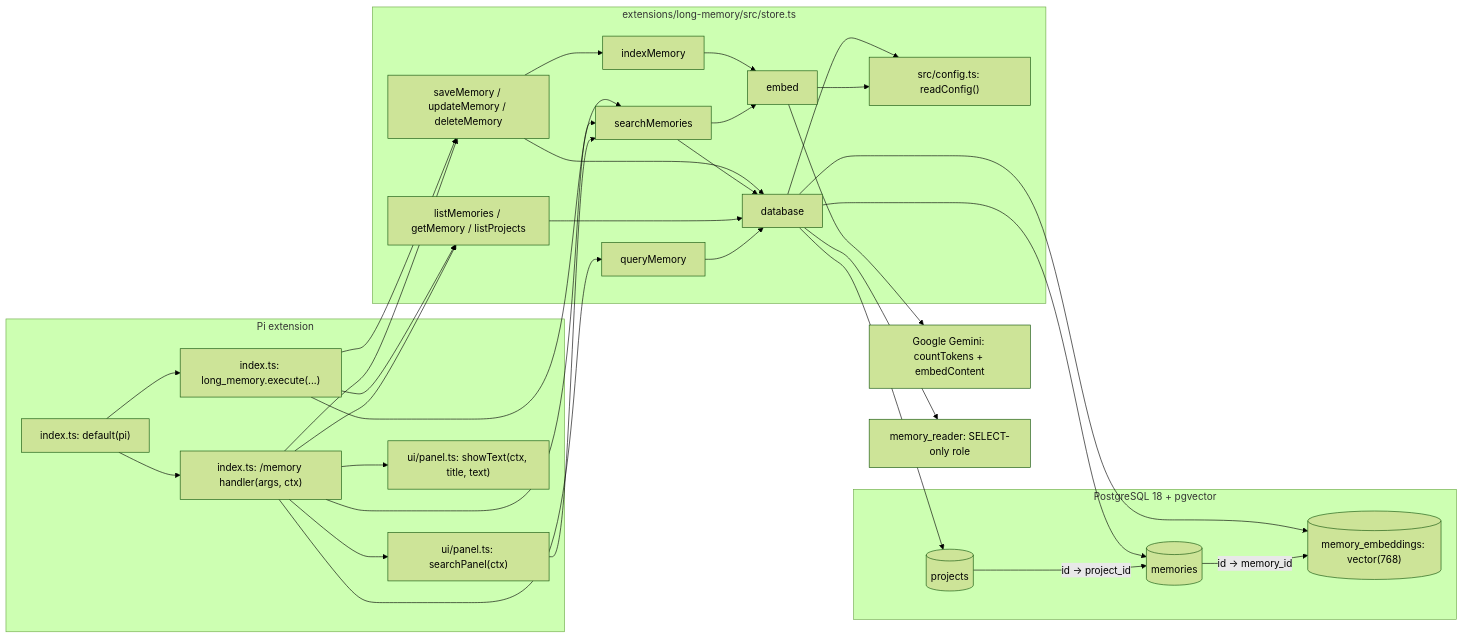
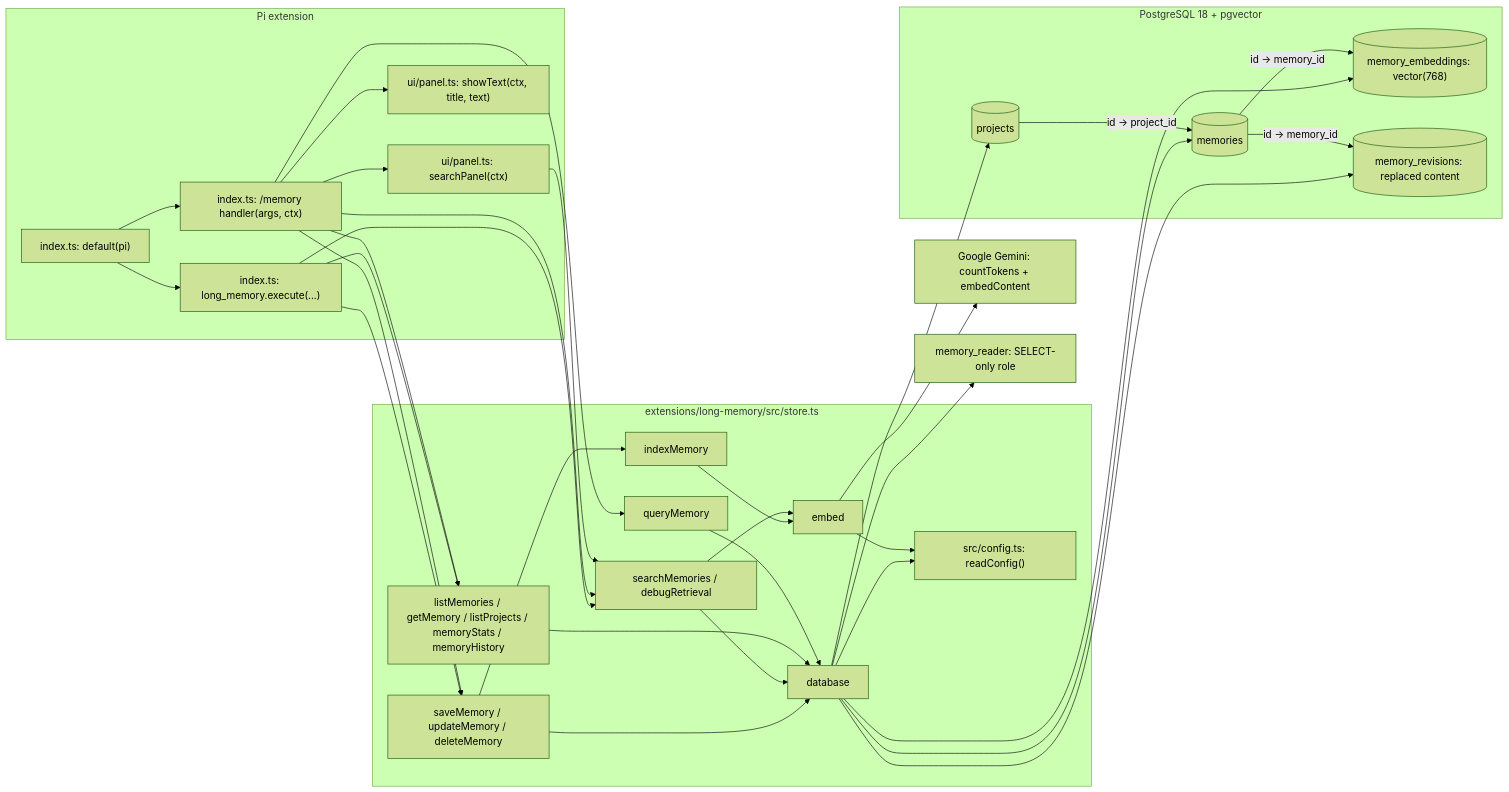
One commit to Marvino-Fransisco/pi-config changed the second of 4 diagrams in extensions/long-memory/docs/DIAGRAMS.md. Above: the diagram before and after it, drawn with Mermaid (forest theme). The commit also changed other lines of this file and 18 other files, not shown here.

````diff
--- a/extensions/long-memory/docs/DIAGRAMS.md
+++ b/extensions/long-memory/docs/DIAGRAMS.md
@@ -67,42 +73,43 @@
 ```mermaid
 flowchart LR
   subgraph pi["Pi extension"]
     REG["index.ts: default(pi)"]
     TOOL["index.ts: long_memory.execute(...)"]
     CMD["index.ts: /memory handler(args, ctx)"]
     PANEL["ui/panel.ts: searchPanel(ctx)"]
     VIEW["ui/panel.ts: showText(ctx, title, text)"]
   end
   subgraph service["extensions/long-memory/src/store.ts"]
     WRITE["saveMemory / updateMemory / deleteMemory"]
-    READ["listMemories / getMemory / listProjects"]
-    SEARCH["searchMemories"]
+    READ["listMemories / getMemory / listProjects / memoryStats / memoryHistory"]
+    SEARCH["searchMemories / debugRetrieval"]
     SQL["queryMemory"]
     EMBED["embed"]
     INDEX["indexMemory"]
     CONNECT["database"]
     CONFIG["src/config.ts: readConfig()"]
   end
   subgraph postgres["PostgreSQL 18 + pgvector"]
     PROJECTS[("projects")]
     MEMORIES[("memories")]
     EMBEDDINGS[("memory_embeddings: vector(768)")]
+    REVISIONS[("memory_revisions: replaced content")]
   end
   GOOGLE["Google Gemini: countTokens + embedContent"]
   READER["memory_reader: SELECT-only role"]
   REG --> TOOL & CMD
   CMD --> PANEL & VIEW
   TOOL --> WRITE & READ & SEARCH
   CMD --> WRITE & READ & SEARCH & SQL
   PANEL --> SEARCH
   WRITE --> CONNECT & INDEX
   CONNECT --> CONFIG
   EMBED --> CONFIG
   INDEX --> EMBED --> GOOGLE
   SEARCH --> EMBED & CONNECT
   READ --> CONNECT
   SQL --> CONNECT --> READER
-  CONNECT --> PROJECTS & MEMORIES & EMBEDDINGS
+  CONNECT --> PROJECTS & MEMORIES & EMBEDDINGS & REVISIONS
   PROJECTS -->|"id → project_id"| MEMORIES
-  MEMORIES -->|"id → memory_id"| EMBEDDINGS
+  MEMORIES -->|"id → memory_id"| EMBEDDINGS & REVISIONS
 ```
````
